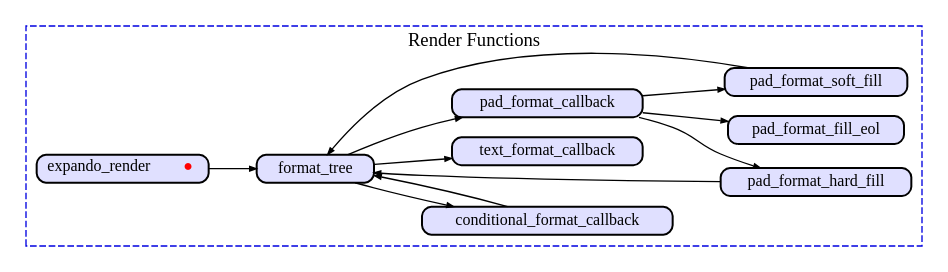
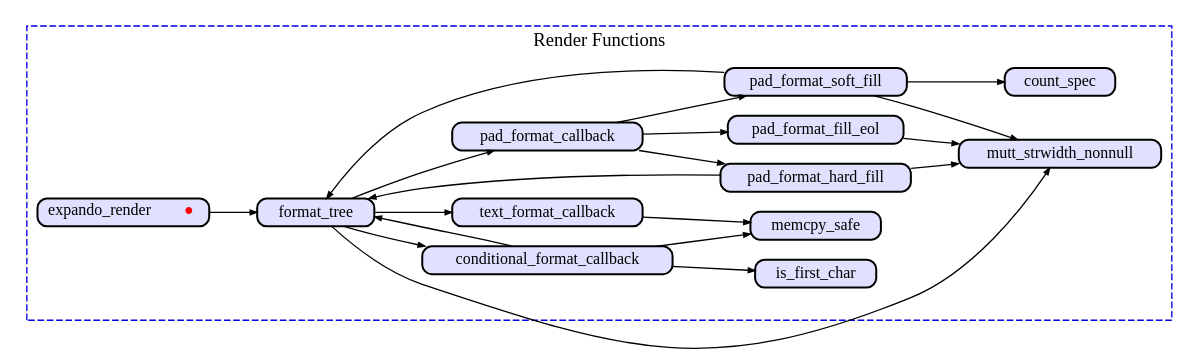
Before and after one commit to neomutt/test-gfx: the diagram in 2024-01-25_expando/expando-render.gv, drawn with Graphviz. The commit also changed 3 other files, not shown here.

```diff
--- a/2024-01-25_expando/expando-render.gv
+++ b/2024-01-25_expando/expando-render.gv
@@ -1,46 +1,54 @@
 digraph callgraph {
 	graph [
 		rankdir="LR"
 		nodesep="0.2"
 		ranksep="0.5"
 		compound="true"
 	]
 
 	node [
 		shape="Mrecord"
 		fontsize="12"
 		fillcolor="#ffffff"
 		style="filled"
 		height="0.2"
 		penwidth="1.5"
 		color="black"
 	]
 
 	edge [
 		penwidth="1.0"
 		arrowsize="0.5"
 	]
 
 	subgraph cluster_render
 	{
 		fontcolor="black"
 		color="#0000e0"
 		fillcolor="white"
 		style="dashed"
 		label="Render Functions"
 
 		node [ fillcolor="#e0e0ff" ]
 		expando_render [ label=<expando_render <font color="red">●</font>> ]
+
 		conditional_format_callback -> format_tree
+		conditional_format_callback -> is_first_char
+		conditional_format_callback -> memcpy_safe
 		expando_render              -> format_tree
 		format_tree                 -> conditional_format_callback
+		format_tree                 -> mutt_strwidth_nonnull
 		format_tree                 -> pad_format_callback
 		format_tree                 -> text_format_callback
 		pad_format_callback         -> pad_format_fill_eol
 		pad_format_callback         -> pad_format_hard_fill
 		pad_format_callback         -> pad_format_soft_fill
+		pad_format_fill_eol         -> mutt_strwidth_nonnull
 		pad_format_hard_fill        -> format_tree
+		pad_format_hard_fill        -> mutt_strwidth_nonnull
+		pad_format_soft_fill        -> count_spec
 		pad_format_soft_fill        -> format_tree
+		pad_format_soft_fill        -> mutt_strwidth_nonnull
+		text_format_callback        -> memcpy_safe
 	}
-
 }
```
